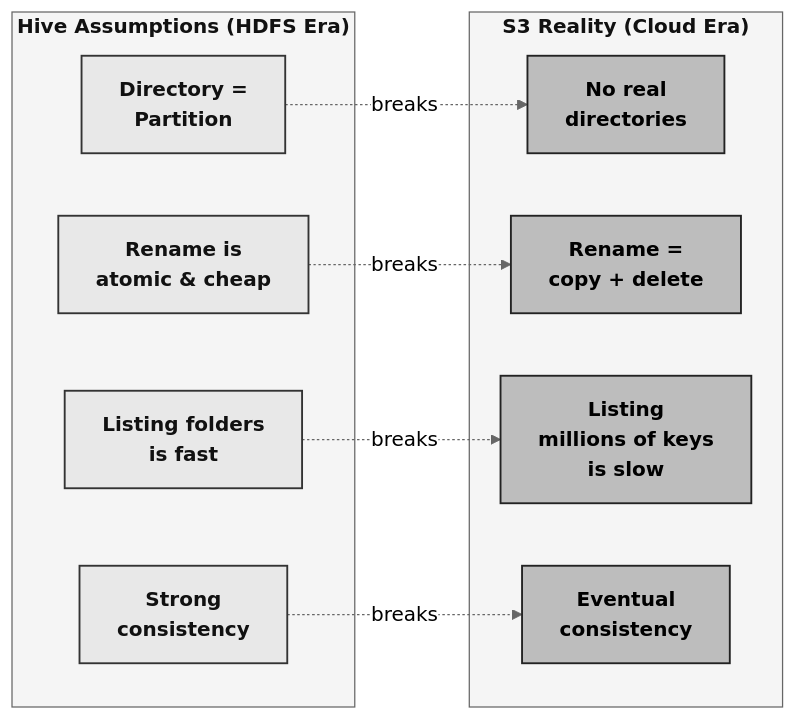
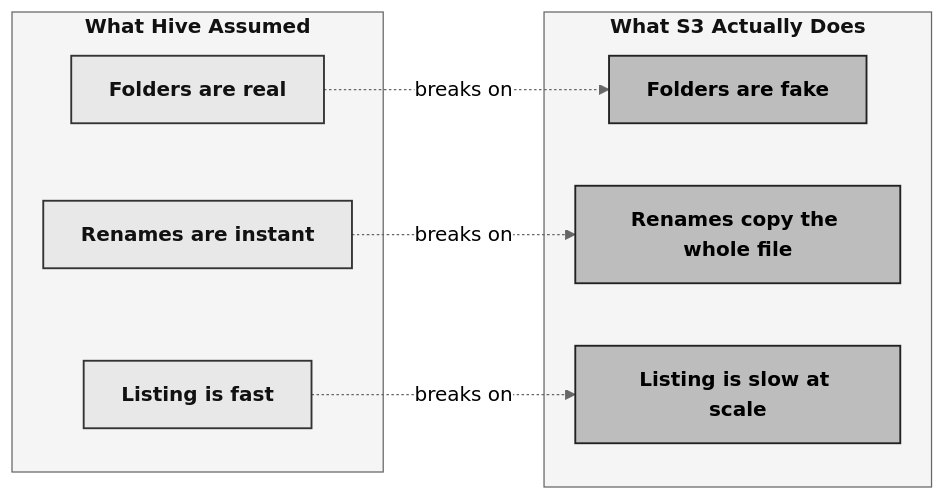
One commit to rilov/handbook changed the first of 4 diagrams in _topics/netflix-iceberg-case-study.md. Above: the diagram before and after it, drawn with Mermaid. The commit also changed other lines of this file, not shown here.

```diff
--- a/_topics/netflix-iceberg-case-study.md
+++ b/_topics/netflix-iceberg-case-study.md
@@ -67,26 +95,23 @@
 <div class="mermaid">
 %%{init: {'theme':'neutral', 'themeVariables': {'fontSize':'16px', 'fontFamily':'Helvetica, Arial, sans-serif'}}}%%
 graph LR
-    subgraph HIVE["<b>Hive Assumptions (HDFS Era)</b>"]
-        H1["<b>Directory =<br/>Partition</b>"]
-        H2["<b>Rename is<br/>atomic &amp; cheap</b>"]
-        H3["<b>Listing folders<br/>is fast</b>"]
-        H4["<b>Strong<br/>consistency</b>"]
+    subgraph HIVE["<b>What Hive Assumed</b>"]
+        H1["<b>Folders are real</b>"]
+        H2["<b>Renames are instant</b>"]
+        H3["<b>Listing is fast</b>"]
     end
-    subgraph S3["<b>S3 Reality (Cloud Era)</b>"]
-        R1["<b>No real<br/>directories</b>"]
-        R2["<b>Rename =<br/>copy + delete</b>"]
-        R3["<b>Listing<br/>millions of keys<br/>is slow</b>"]
-        R4["<b>Eventual<br/>consistency</b>"]
+    subgraph S3["<b>What S3 Actually Does</b>"]
+        R1["<b>Folders are fake</b>"]
+        R2["<b>Renames copy the whole file</b>"]
+        R3["<b>Listing is slow at scale</b>"]
     end
-    H1 -.->|"breaks"| R1
-    H2 -.->|"breaks"| R2
-    H3 -.->|"breaks"| R3
-    H4 -.->|"breaks"| R4
+    H1 -.->|"breaks on"| R1
+    H2 -.->|"breaks on"| R2
+    H3 -.->|"breaks on"| R3
     classDef gray fill:#e8e8e8,stroke:#333,stroke-width:1.5px,color:#111
     classDef midgray fill:#bdbdbd,stroke:#222,stroke-width:1.5px,color:#000
-    class H1,H2,H3,H4 gray
-    class R1,R2,R3,R4 midgray
+    class H1,H2,H3 gray
+    class R1,R2,R3 midgray
     style HIVE fill:#f5f5f5,stroke:#666,color:#111
     style S3 fill:#f5f5f5,stroke:#666,color:#111
 </div>
```
